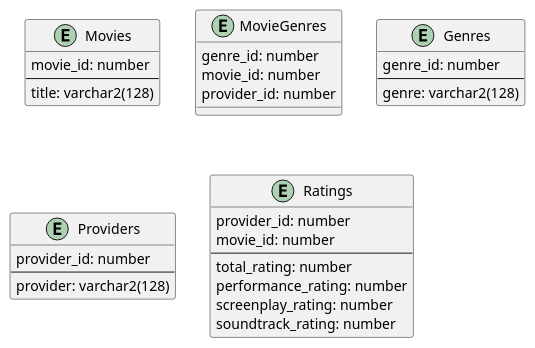
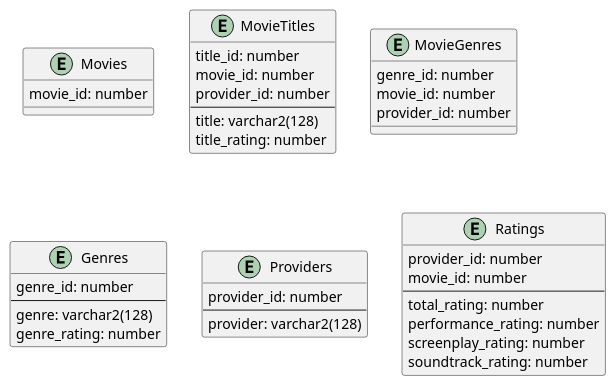
One commit to alex952/c-movie changed the diagram in schema.wsd. Above: the diagram before and after it, drawn with PlantUML. The commit also changed 4 other files, not shown here.

```diff
--- a/schema.wsd
+++ b/schema.wsd
@@ -1,35 +1,43 @@
 @startuml schema
 entity "Movies" as movie {
  movie_id: number
+}
+
+entity "MovieTitles" as m_titles {
+ title_id: number
+ movie_id: number
+ provider_id: number
  --
  title: varchar2(128)
+ title_rating: number
 }
 
 entity "MovieGenres" as m_genres {
  genre_id: number
  movie_id: number
  provider_id: number
 }
 
 entity "Genres" as genres {
  genre_id: number
  --
  genre: varchar2(128)
+ genre_rating: number
 }
 
 entity "Providers" as providers {
  provider_id: number
  --
  provider: varchar2(128)
 }
 
 entity "Ratings" as ratings {
  provider_id: number
  movie_id: number
  --
  total_rating: number
  performance_rating: number
  screenplay_rating: number
  soundtrack_rating: number
 }
 @enduml
```
